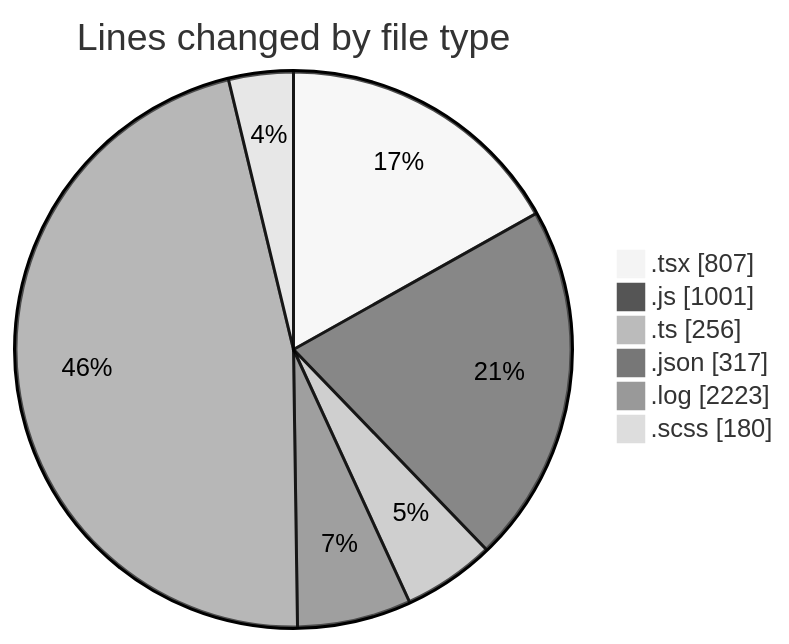
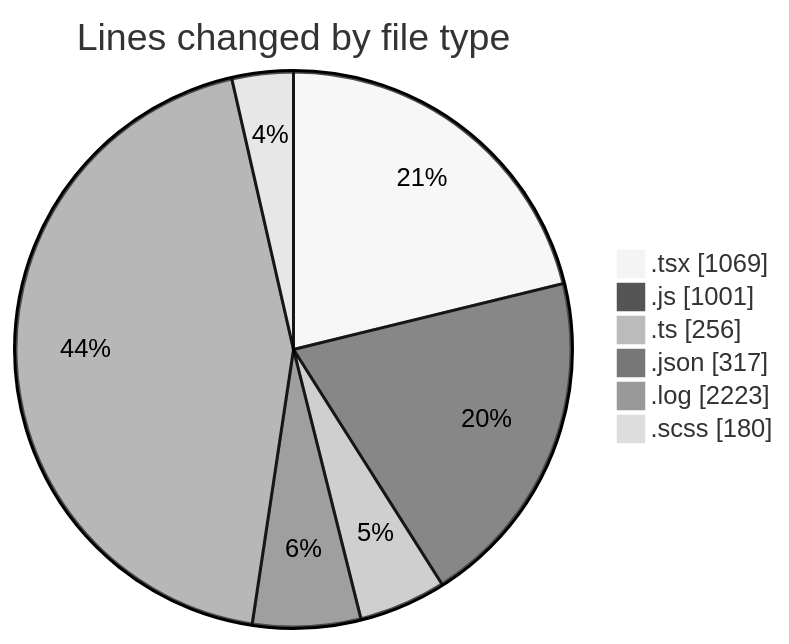
The first of 2 diagrams in 2026-04-17/cda/README.md (momahboobian/code-tracking), drawn with Mermaid (neutral theme) before and after one commit. The commit also changed other lines of this file and 1 other file, not shown here.

````diff
--- a/2026-04-17/cda/README.md
+++ b/2026-04-17/cda/README.md
@@ -37,10 +38,10 @@
 ```mermaid
 pie showData
 title Lines changed by file type
-".tsx" : 807
+".tsx" : 1069
 ".js" : 1001
 ".ts" : 256
 ".json" : 317
 ".log" : 2223
 ".scss" : 180
 ```
````
